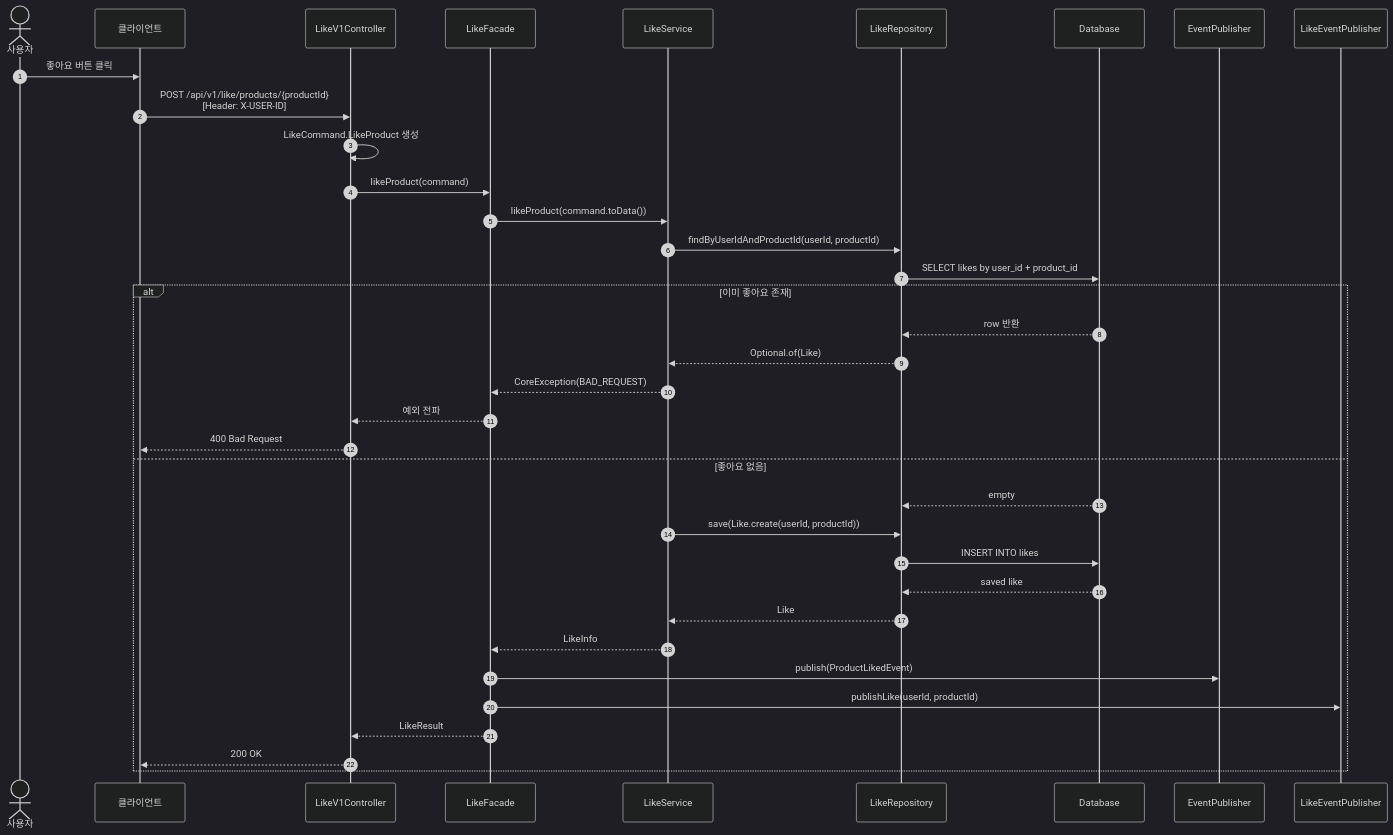
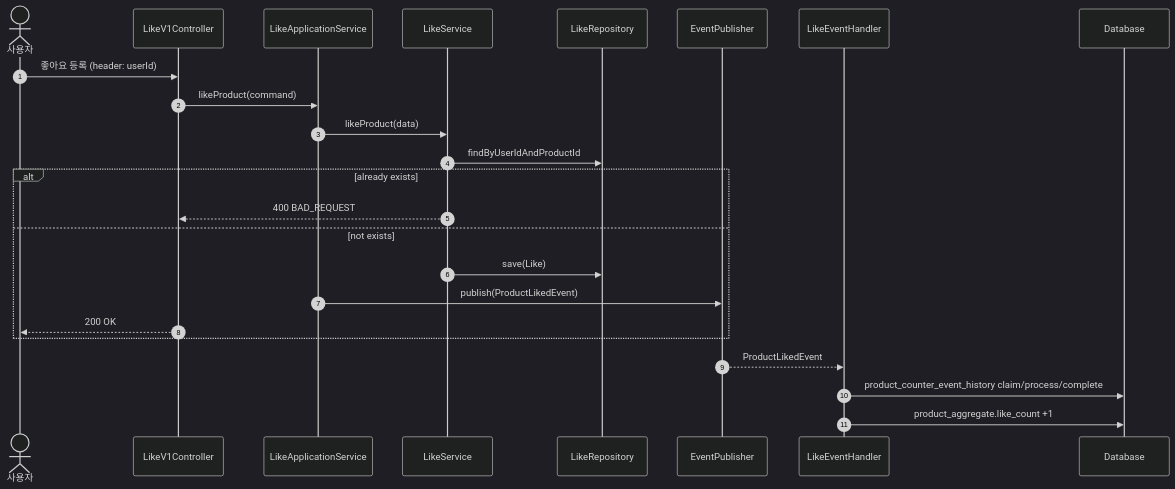
One commit to yht0827/my-commerce changed the eighth of 15 diagrams in docs/02-sequence-diagrams.md. Above: the diagram before and after it, drawn with Mermaid (dark theme). The commit also changed other lines of this file and 258 other files, not shown here.

````diff
--- a/docs/02-sequence-diagrams.md
+++ b/docs/02-sequence-diagrams.md
@@ -288,40 +216,28 @@
 ```mermaid
 sequenceDiagram
     autonumber
     actor User as 사용자
-    participant Client as 클라이언트
-    participant Controller as LikeV1Controller
-    participant Facade as LikeFacade
-    participant Service as LikeService
-    participant Repository as LikeRepository
+    participant API as LikeV1Controller
+    participant App as LikeApplicationService
+    participant Domain as LikeService
+    participant Repo as LikeRepository
+    participant Event as EventPublisher
+    participant Handler as LikeEventHandler
     participant DB as Database
-    participant EventBus as EventPublisher
-    participant Kafka as LikeEventPublisher
 
-    User->>Client: 좋아요 버튼 클릭
-    Client->>Controller: POST /api/v1/like/products/{productId}<br/>[Header: X-USER-ID]
-    Controller->>Controller: LikeCommand.LikeProduct 생성
-    Controller->>Facade: likeProduct(command)
-    Facade->>Service: likeProduct(command.toData())
-    Service->>Repository: findByUserIdAndProductId(userId, productId)
-    Repository->>DB: SELECT likes by user_id + product_id
+    User->>API: 좋아요 등록 (header: userId)
+    API->>App: likeProduct(command)
+    App->>Domain: likeProduct(data)
+    Domain->>Repo: findByUserIdAndProductId
+    alt already exists
+        Domain-->>API: 400 BAD_REQUEST
+    else not exists
+        Domain->>Repo: save(Like)
+        App->>Event: publish(ProductLikedEvent)
+        API-->>User: 200 OK
+    end
 
-    alt 이미 좋아요 존재
-        DB-->>Repository: row 반환
-        Repository-->>Service: Optional.of(Like)
-        Service-->>Facade: CoreException(BAD_REQUEST)
-        Facade-->>Controller: 예외 전파
-        Controller-->>Client: 400 Bad Request
-    else 좋아요 없음
-        DB-->>Repository: empty
-        Service->>Repository: save(Like.create(userId, productId))
-        Repository->>DB: INSERT INTO likes
-        DB-->>Repository: saved like
-        Repository-->>Service: Like
-        Service-->>Facade: LikeInfo
-        Facade->>EventBus: publish(ProductLikedEvent)
-        Facade->>Kafka: publishLike(userId, productId)
-        Facade-->>Controller: LikeResult
-        Controller-->>Client: 200 OK
-    end
+    Event-->>Handler: ProductLikedEvent
+    Handler->>DB: product_counter_event_history claim/process/complete
+    Handler->>DB: product_aggregate.like_count +1
 ```
````
